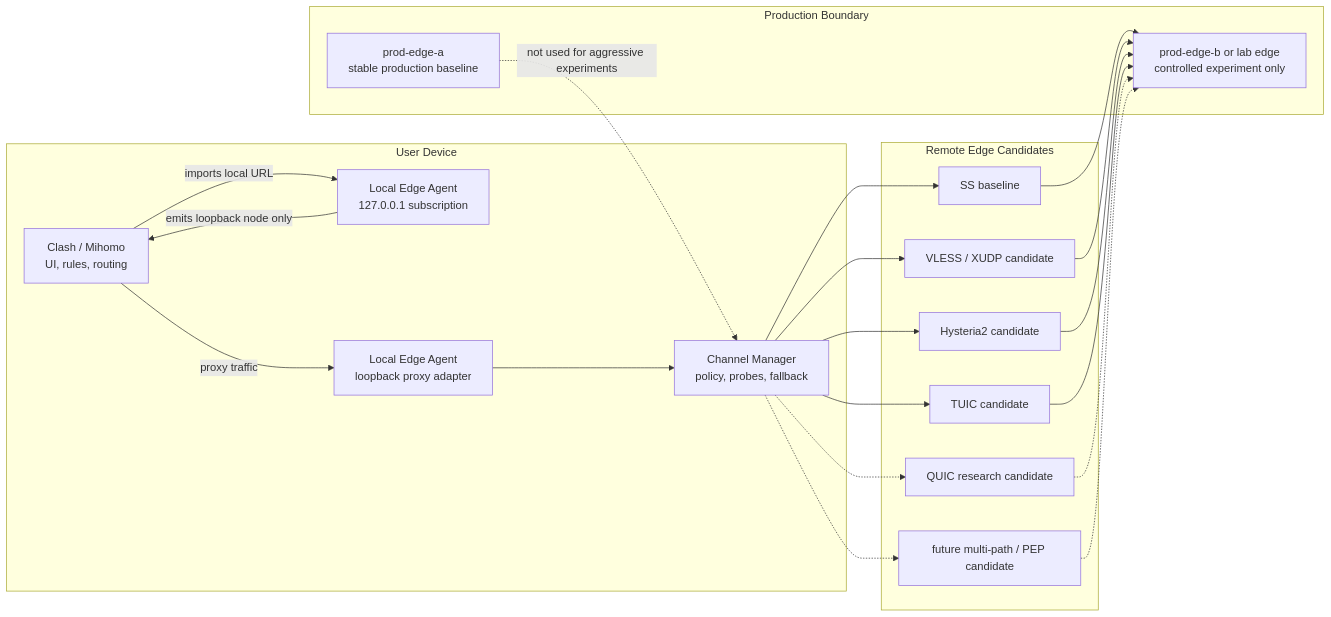
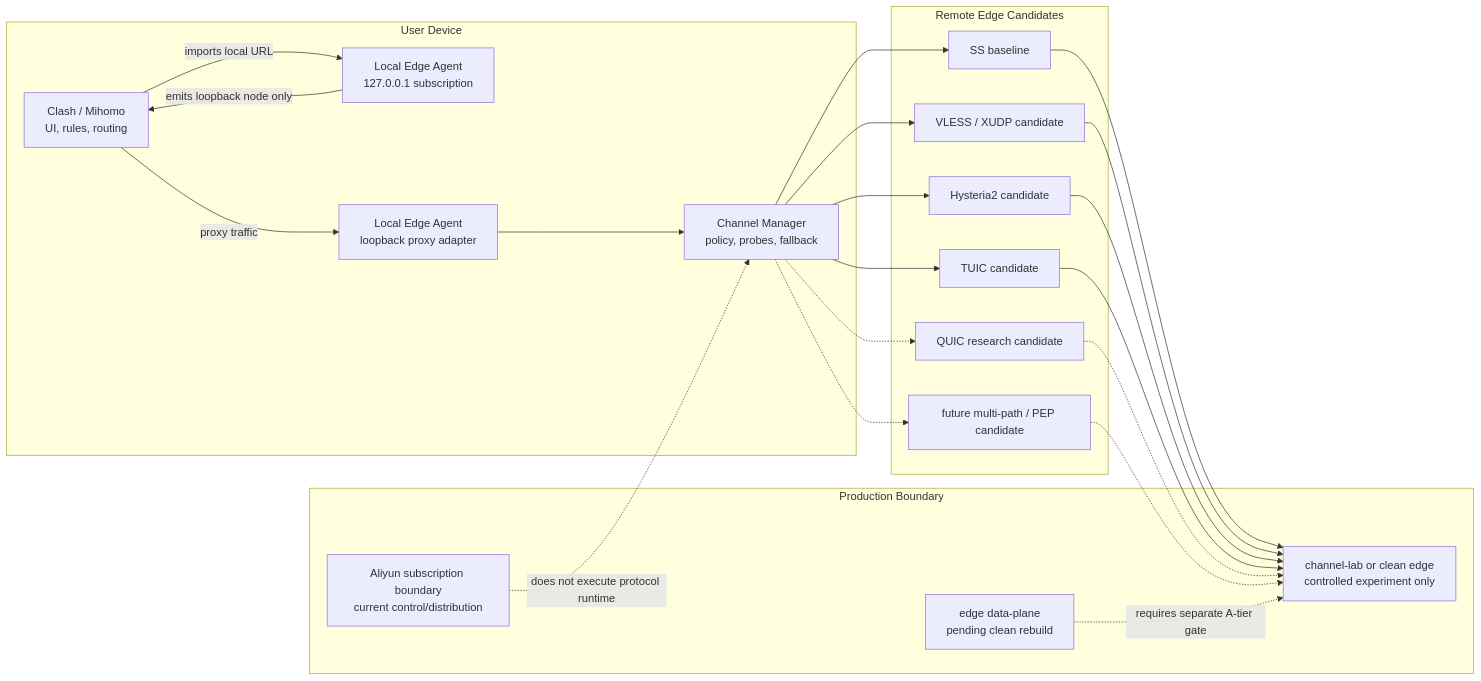
The diagram in docs/LOCAL_EDGE_CHANNEL_TECHNICAL_MVP.md (FlyLink-com/proxy-gateway-minimal), drawn with Mermaid before and after one commit. The commit also changed other lines of this file and 7 other files, not shown here.

Commit message:
docs: add TUIC runtime inventory gate

````diff
--- a/docs/LOCAL_EDGE_CHANNEL_TECHNICAL_MVP.md
+++ b/docs/LOCAL_EDGE_CHANNEL_TECHNICAL_MVP.md
@@ -75,41 +78,43 @@
 ```mermaid
 flowchart LR
   subgraph "User Device"
     Clash["Clash / Mihomo\nUI, rules, routing"]
     AgentSub["Local Edge Agent\n127.0.0.1 subscription"]
     AgentProxy["Local Edge Agent\nloopback proxy adapter"]
     Manager["Channel Manager\npolicy, probes, fallback"]
   end
 
   subgraph "Remote Edge Candidates"
     SS["SS baseline"]
     VLESS["VLESS / XUDP candidate"]
     HY2["Hysteria2 candidate"]
     TUIC["TUIC candidate"]
     QUIC["QUIC research candidate"]
     Future["future multi-path / PEP candidate"]
   end
 
   subgraph "Production Boundary"
-    ProdA["prod-edge-a\nstable production baseline"]
-    Canary["prod-edge-b or lab edge\ncontrolled experiment only"]
+    Control["Aliyun subscription boundary\ncurrent control/distribution"]
+    EdgePending["edge data-plane\npending clean rebuild"]
+    Canary["channel-lab or clean edge\ncontrolled experiment only"]
   end
 
   Clash -->|"imports local URL"| AgentSub
   AgentSub -->|"emits loopback node only"| Clash
   Clash -->|"proxy traffic"| AgentProxy
   AgentProxy --> Manager
   Manager --> SS
   Manager --> VLESS
   Manager --> HY2
   Manager --> TUIC
   Manager -.-> QUIC
   Manager -.-> Future
   SS --> Canary
   VLESS --> Canary
   HY2 --> Canary
   TUIC --> Canary
   QUIC -.-> Canary
   Future -.-> Canary
-  ProdA -.->|"not used for aggressive experiments"| Manager
+  Control -.->|"does not execute protocol runtime"| Manager
+  EdgePending -.->|"requires separate A-tier gate"| Canary
 ```
````
